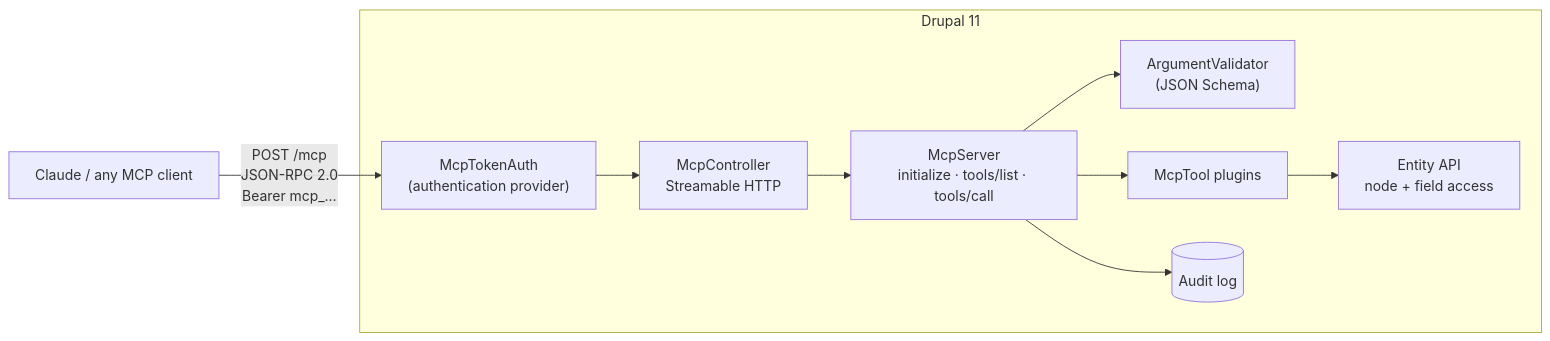
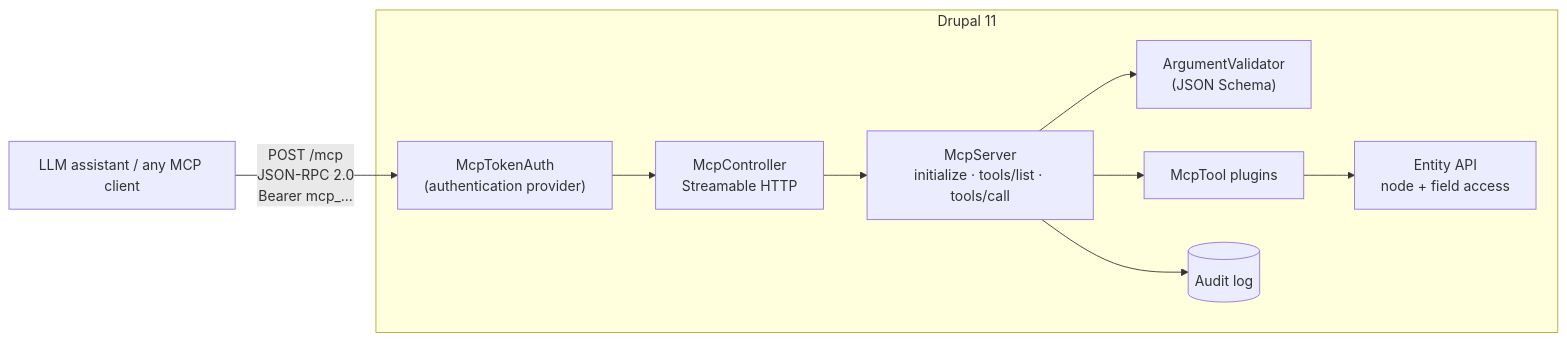
Before and after one commit to jeetparekh16/drupal-mcp-server: the diagram in README.md, drawn with Mermaid. The commit also changed other lines of this file and 6 other files, not shown here.

````diff
--- a/README.md
+++ b/README.md
@@ -31,12 +31,12 @@
 ```mermaid
 flowchart LR
-    C["Claude / any MCP client"] -- "POST /mcp<br/>JSON-RPC 2.0<br/>Bearer mcp_…" --> A
+    C["LLM assistant / any MCP client"] -- "POST /mcp<br/>JSON-RPC 2.0<br/>Bearer mcp_…" --> A
     subgraph Drupal 11
         A["McpTokenAuth<br/>(authentication provider)"] --> R["McpController<br/>Streamable HTTP"]
         R --> S["McpServer<br/>initialize · tools/list · tools/call"]
         S --> V["ArgumentValidator<br/>(JSON Schema)"]
         S --> P["McpTool plugins"]
         P --> E["Entity API<br/>node + field access"]
         S --> L[("Audit log")]
     end
 ```
````
